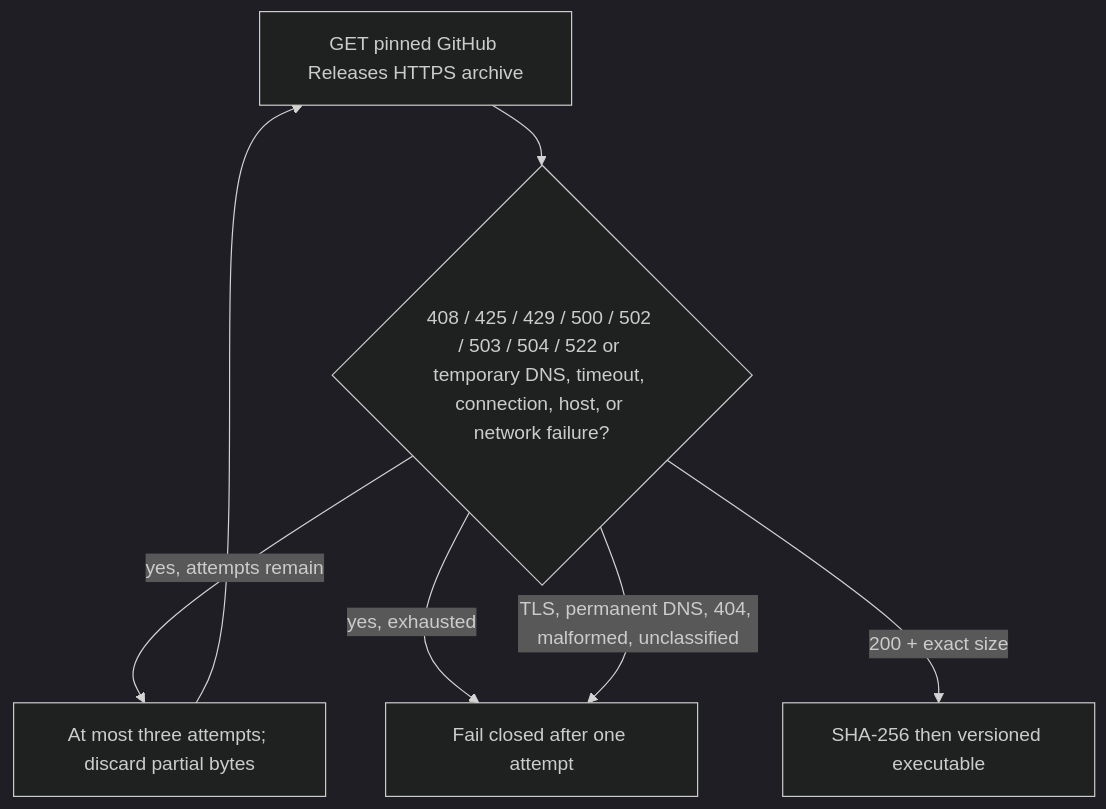
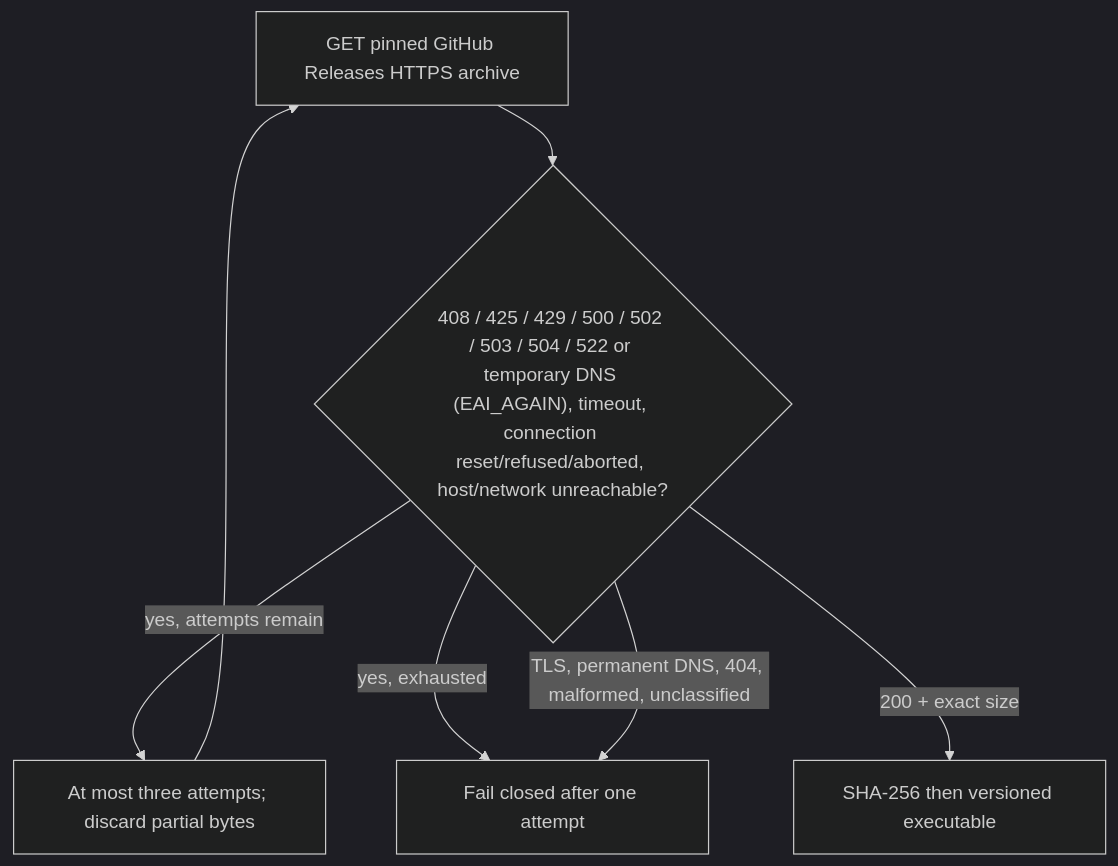
One commit to ContextualWisdomLab/.github changed the third of 4 diagrams in ARCHITECTURE.md. Above: the diagram before and after it, drawn with Mermaid (dark theme). The commit also changed 1 other file, not shown here.

Commit message:
docs: include HTTP 522 retry contract

````diff
--- a/ARCHITECTURE.md
+++ b/ARCHITECTURE.md
@@ -75,15 +75,15 @@
 ```mermaid
 flowchart TD
   Get["GET pinned GitHub Releases HTTPS archive"]
-  Status{"408 / 425 / 429 / 500 / 502 / 503 / 504 / 522 or temporary DNS, timeout, connection, host, or network failure?"}
+  Status{"408 / 425 / 429 / 500 / 502 / 503 / 504 / 522 or temporary DNS (EAI_AGAIN), timeout, connection reset/refused/aborted, host/network unreachable?"}
   Retry["At most three attempts; discard partial bytes"]
   Verify["SHA-256 then versioned executable"]
   Fail["Fail closed after one attempt"]
 
   Get --> Status
   Status -->|"yes, attempts remain"| Retry
   Retry --> Get
   Status -->|"yes, exhausted"| Fail
   Status -->|"TLS, permanent DNS, 404, malformed, unclassified"| Fail
   Status -->|"200 + exact size"| Verify
 ```
````
